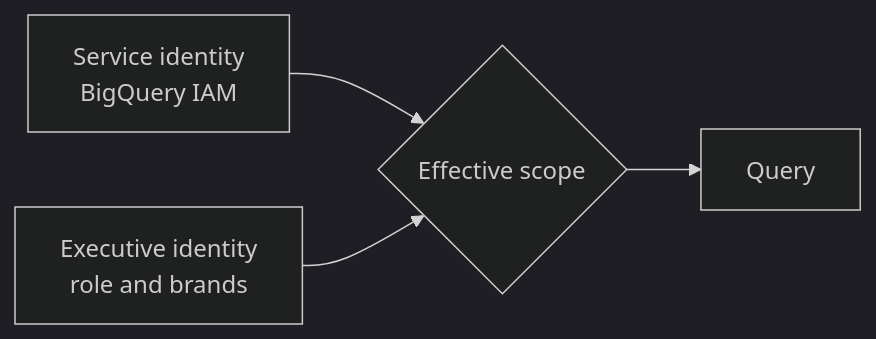
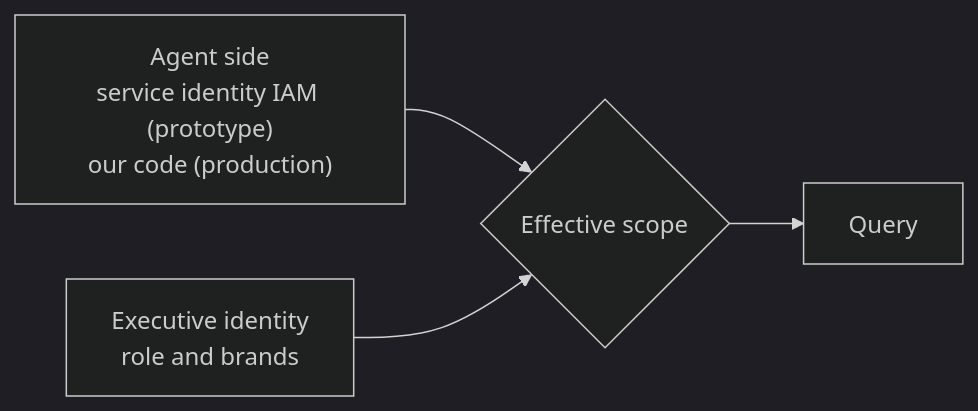
Before and after one commit to modvala/data-chat-assistant: the diagram in docs/adr/0001-brand-scope-by-view-rewrite.md, drawn with Mermaid (dark theme). The commit also changed other lines of this file and 8 other files, not shown here.

````diff
--- a/docs/adr/0001-brand-scope-by-view-rewrite.md
+++ b/docs/adr/0001-brand-scope-by-view-rewrite.md
@@ -7,6 +7,6 @@
 ```mermaid
 flowchart LR
-    SA["Service identity<br/>BigQuery IAM"] --> X{Effective scope}
+    SA["Agent side<br/>service identity IAM (prototype)<br/>our code (production)"] --> X{Effective scope}
     EX["Executive identity<br/>role and brands"] --> X
     X --> Q[Query]
 ```
````
